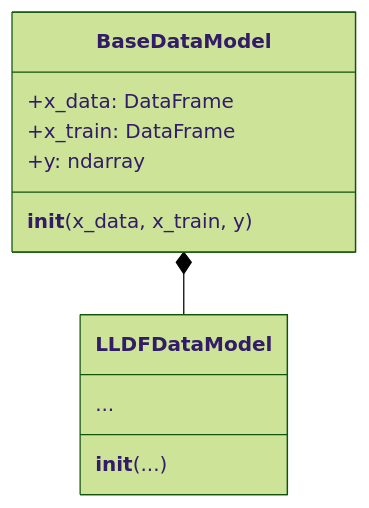
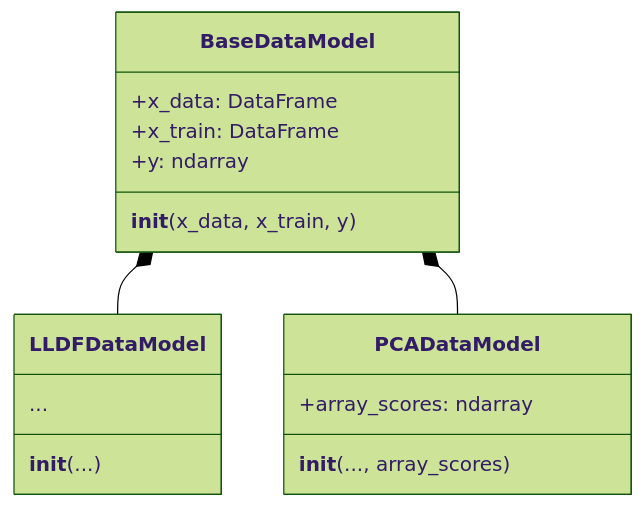
One commit to f-aguzzi/ChemFuseKit changed the third of 3 diagrams in docs/cookbook_versioned_docs/version-2.0.0/structure.md. Above: the diagram before and after it, drawn with Mermaid (forest theme). The commit also changed other lines of this file and 49 other files, not shown here.

````diff
--- a/docs/cookbook_versioned_docs/version-2.0.0/structure.md
+++ b/docs/cookbook_versioned_docs/version-2.0.0/structure.md
@@ -130,16 +134,22 @@
 ```mermaid
 classDiagram
     class BaseDataModel {
         +x_data: DataFrame
         +x_train: DataFrame
         +y: ndarray
         __init__(x_data, x_train, y)
     }
 
     class LLDFDataModel {
         ...
         __init__(...)
     }
 
+    class PCADataModel {
+        +array_scores: ndarray
+        __init__(..., array_scores)
+    }
+
     BaseDataModel *-- LLDFDataModel
+    BaseDataModel *-- PCADataModel
 ```
````
